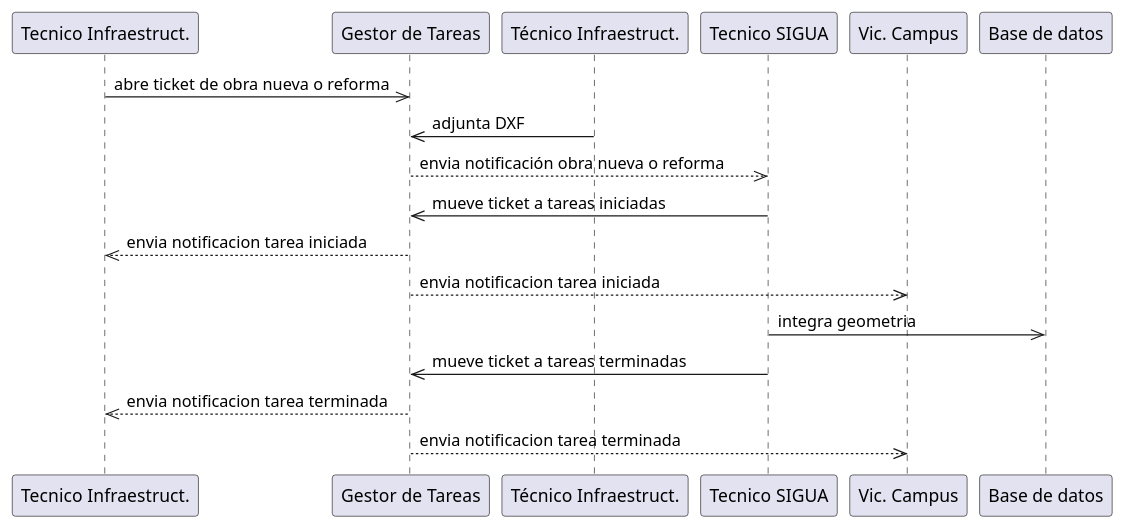
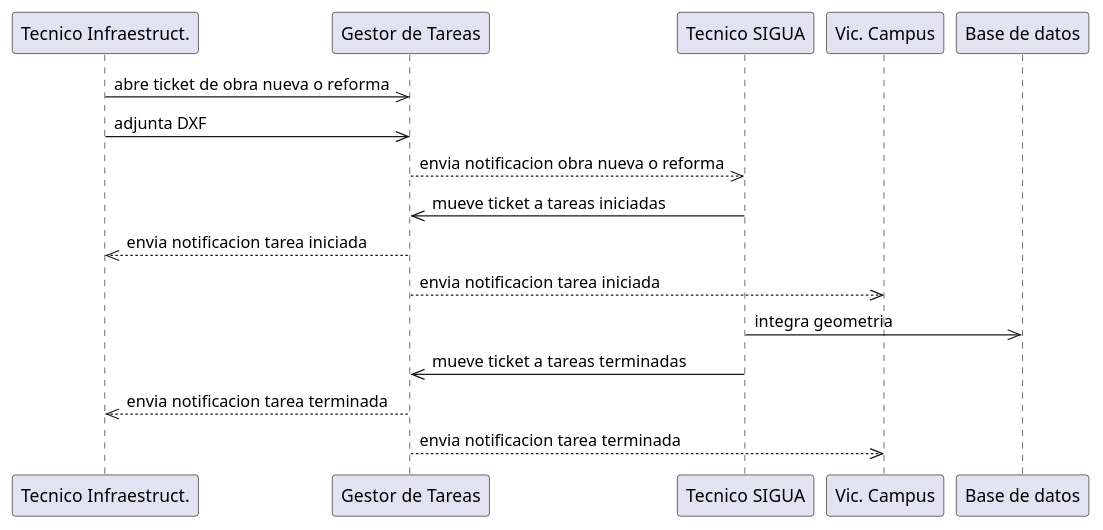
One commit to labgeo/ua-mods changed the diagram in ds01-2.md. Above: the diagram before and after it, drawn with PlantUML.

```diff
--- a/ds01-2.md
+++ b/ds01-2.md
@@ -5,12 +5,12 @@
 {% plantuml %}
 "Tecnico Infraestruct."->>"Gestor de Tareas": abre ticket de obra nueva o reforma
-"Técnico Infraestruct."->>"Gestor de Tareas": adjunta DXF
-"Gestor de Tareas"-->>"Tecnico SIGUA": envia notificación obra nueva o reforma
+"Tecnico Infraestruct."->>"Gestor de Tareas": adjunta DXF
+"Gestor de Tareas"-->>"Tecnico SIGUA": envia notificacion obra nueva o reforma
 "Tecnico SIGUA"->>"Gestor de Tareas": mueve ticket a tareas iniciadas
 "Gestor de Tareas"-->>"Tecnico Infraestruct.": envia notificacion tarea iniciada
 "Gestor de Tareas"-->>"Vic. Campus": envia notificacion tarea iniciada
 "Tecnico SIGUA"->>"Base de datos": integra geometria
 "Tecnico SIGUA"->>"Gestor de Tareas": mueve ticket a tareas terminadas
 "Gestor de Tareas"-->>"Tecnico Infraestruct.": envia notificacion tarea terminada
 "Gestor de Tareas"-->>"Vic. Campus": envia notificacion tarea terminada
 {% endplantuml %}
```
